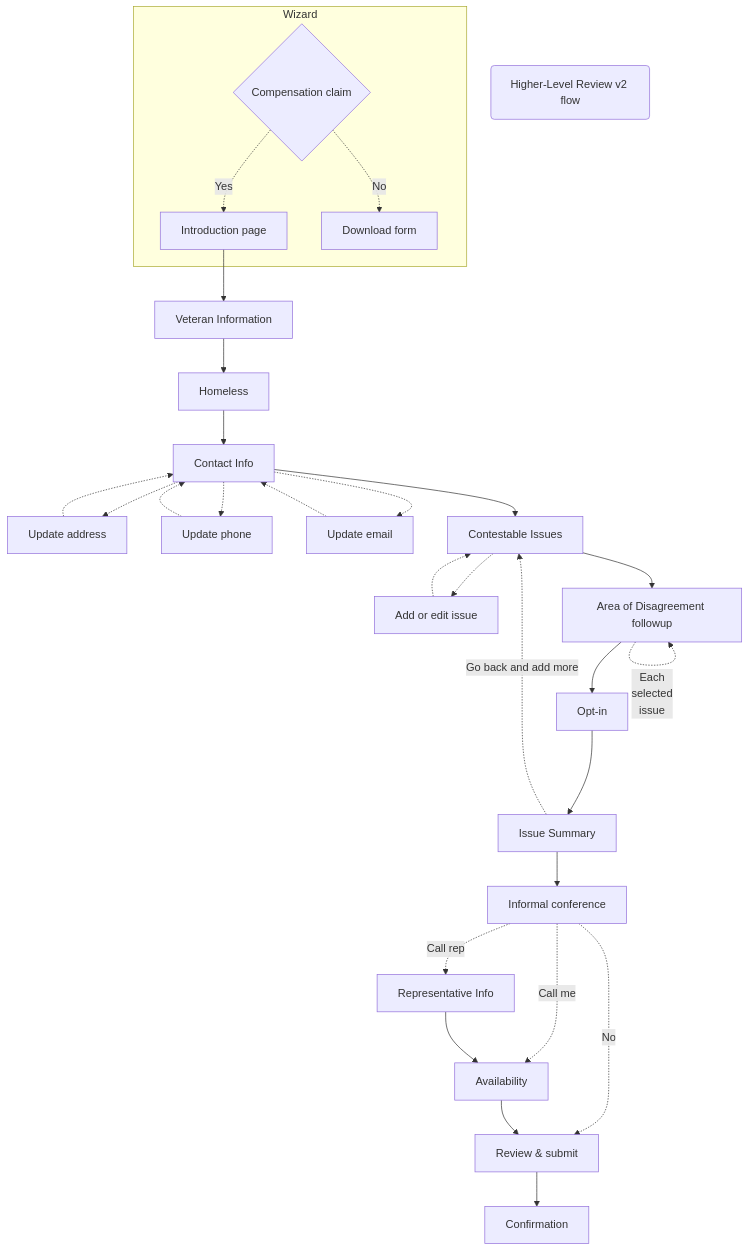
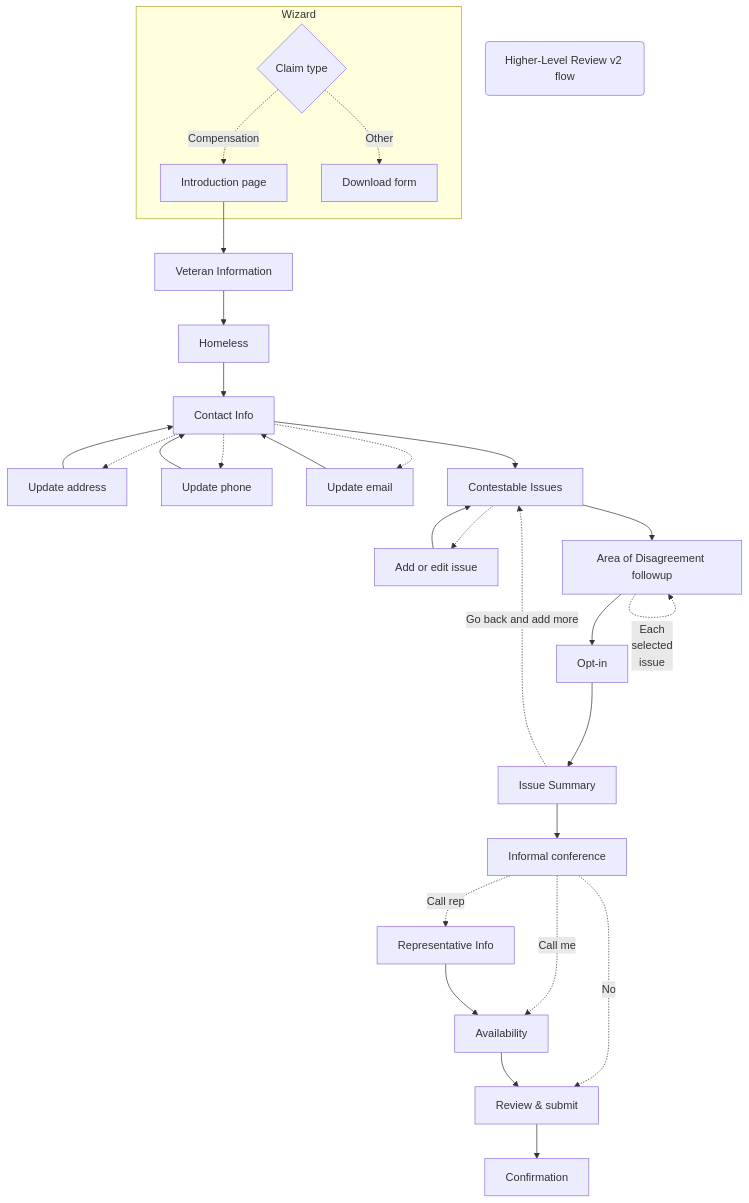
Before and after one commit to department-of-veterans-affairs/va.gov-team: the diagram in products/decision-reviews/higher-level-review/HLR_flow.md, drawn with Mermaid.

Commit message:
Update HLR flow diagram

````diff
--- a/products/decision-reviews/higher-level-review/HLR_flow.md
+++ b/products/decision-reviews/higher-level-review/HLR_flow.md
@@ -1,35 +1,36 @@
 ```mermaid
 flowchart TB
     Title(Higher-Level Review v2 flow)
 
     subgraph one [Wizard]
-    A{Compensation claim}
-    A -. Yes .-> B[Introduction page]
-    A -. No .-> C[Download form]
+    ClaimType{Claim type}
+    ClaimType -. Compensation .-> Intro[Introduction page]
+    ClaimType -. Other .-> DownloadForm[Download form]
     end
 
-    B --> D[Veteran Information]
-    D --> E[Homeless]
-    E --> F[Contact Info]
+    Intro --> VetInfo[Veteran Information]
+    VetInfo --> Homeless[Homeless]
+    Homeless --> ContactInfo[Contact Info]
 
-    F -.-> G[Update address] -.-> F
-    F -.-> H[Update phone] -.-> F
-    F -.-> I[Update email] -.-> F
+    ContactInfo -.-> UpdateAddress[Update address] --> ContactInfo
+    ContactInfo -.-> UpdatePhone[Update phone] --> ContactInfo
+    ContactInfo -.-> UpdateEmail[Update email] --> ContactInfo
 
-    F --> J[Contestable Issues]
+    ContactInfo --> ContestableIssues[Contestable Issues]
 
-    J -.-> K[Add or edit issue] -.-> J
+    ContestableIssues -.-> AddOrEditIssue[Add or edit issue] --> ContestableIssues
 
-    J --> L[Area of Disagreement followup]
-    L -. Each \n selected \n issue .-> L
-    L --> M[Opt-in]
-    M --> N[Issue Summary] -. Go back and add more .-> J
+    ContestableIssues --> AreaOfDisagreement[Area of Disagreement followup]
+    AreaOfDisagreement -. Each \n selected \n issue .-> AreaOfDisagreement
+    AreaOfDisagreement --> OptIn[Opt-in]
+    OptIn --> IssueSummary[Issue Summary]
+    IssueSummary -. Go back and add more .-> ContestableIssues
 
-    N --> O[Informal conference]
-    O -. No .-> T[Review & submit]
-    O -. Call me .-> S[Availability]
-    O -. Call rep .-> R[Representative Info]
-    R --> S
-    S --> T
-    T --> U[Confirmation]
+    IssueSummary --> InformalConference[Informal conference]
+    InformalConference -. No .-> ReviewAndSubmit[Review & submit]
+    InformalConference -. Call me .-> Availability[Availability]
+    InformalConference -. Call rep .-> RepInfo[Representative Info]
+    RepInfo --> Availability
+    Availability --> ReviewAndSubmit
+    ReviewAndSubmit --> Confirmation
 ```
````
